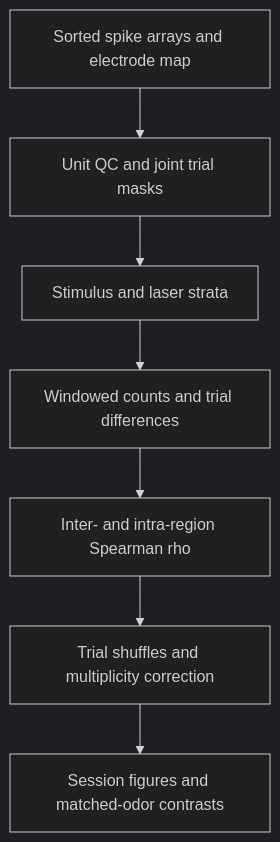
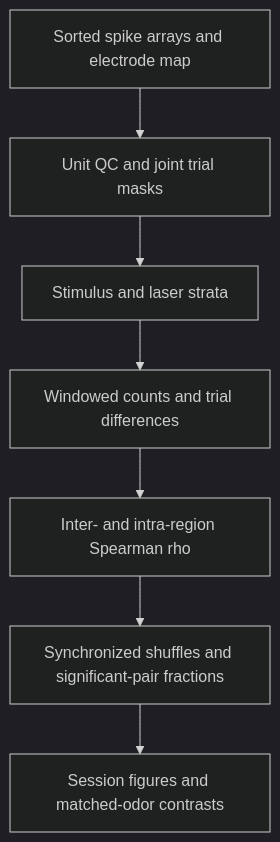
One commit to thomasrgray/intercortical-coupling changed the diagram in figures/fig08_spike_coupling/README.md. Above: the diagram before and after it, drawn with Mermaid (dark theme). The commit also changed other lines of this file and 8 other files, not shown here.

````diff
--- a/figures/fig08_spike_coupling/README.md
+++ b/figures/fig08_spike_coupling/README.md
@@ -25,9 +25,9 @@
 ```mermaid
 flowchart TD
  A[Sorted spike arrays and electrode map] --> B[Unit QC and joint trial masks]
  B --> C[Stimulus and laser strata]
  C --> D[Windowed counts and trial differences]
  D --> E[Inter- and intra-region Spearman rho]
- E --> F[Trial shuffles and multiplicity correction]
+ E --> F[Synchronized shuffles and significant-pair fractions]
  F --> G[Session figures and matched-odor contrasts]
 ```
````
